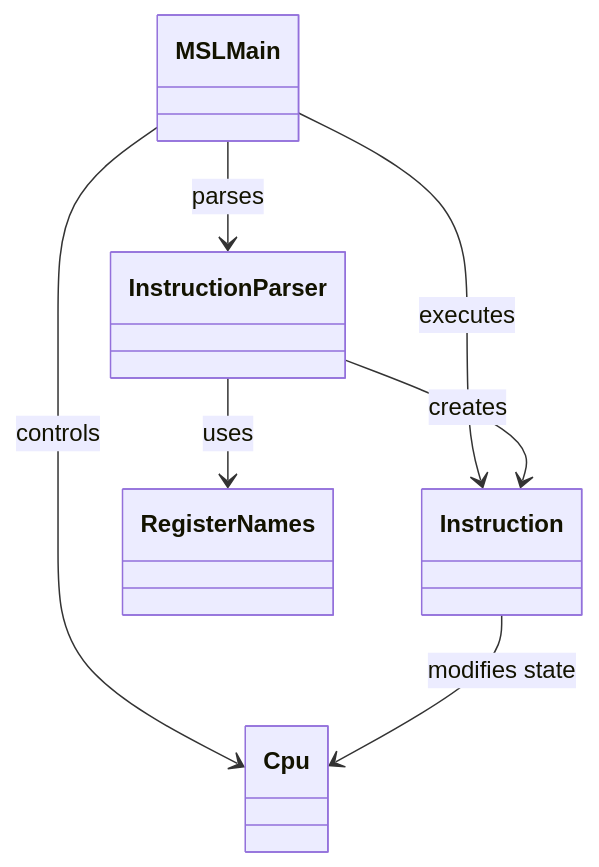
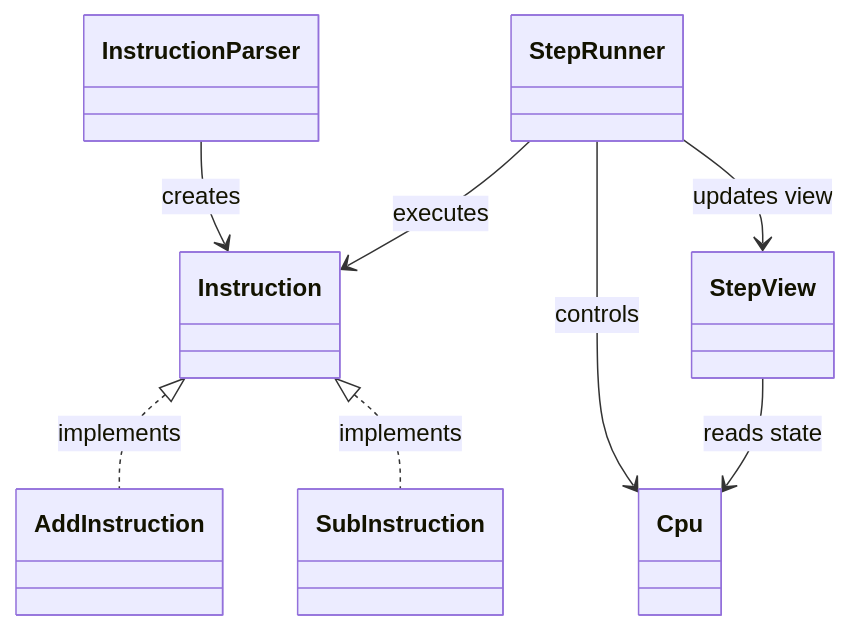
Before and after one commit to mkunori/MipsStepLab: the diagram in README.md, drawn with Mermaid. The commit also changed other lines of this file, not shown here.

````diff
--- a/README.md
+++ b/README.md
@@ -115,15 +108,18 @@
 ```mermaid
 classDiagram
-    class MSLMain
-    class Cpu
-    class Instruction
-    class InstructionParser
-    class RegisterNames
 
-    MSLMain --> InstructionParser : parses
-    MSLMain --> Cpu : controls
-    MSLMain --> Instruction : executes
-    Instruction --> Cpu : modifies state
-    InstructionParser --> Instruction : creates
-    InstructionParser --> RegisterNames : uses
+class Cpu
+class Instruction
+class InstructionParser
+class StepRunner
+class StepView
+
+Instruction <|.. AddInstruction : implements
+Instruction <|.. SubInstruction : implements
+
+InstructionParser --> Instruction : creates
+StepRunner --> Instruction : executes
+StepRunner --> Cpu : controls
+StepRunner --> StepView : updates view
+StepView --> Cpu : reads state
 ```
````
